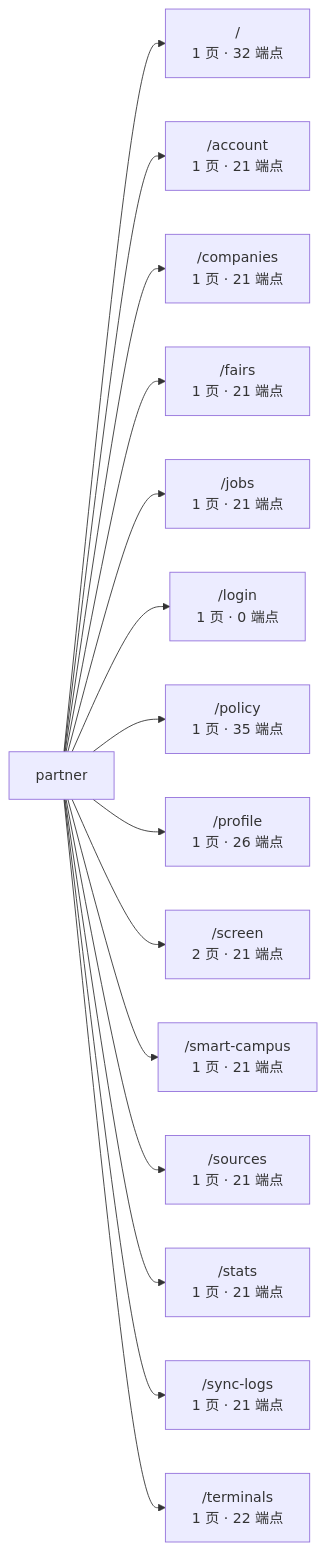
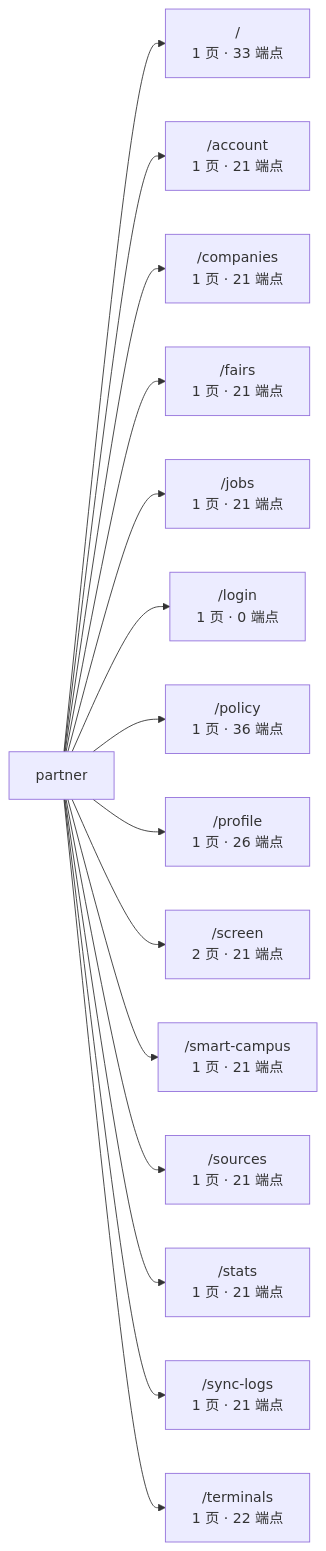
One commit to wanglei581/YITIJI changed the third of 3 diagrams in docs/graph/routes.md. Above: the diagram before and after it, drawn with Mermaid. The commit also changed other lines of this file and 26 other files, not shown here.

````diff
--- a/docs/graph/routes.md
+++ b/docs/graph/routes.md
@@ -415,18 +415,18 @@
 ```mermaid
 flowchart LR
   app["partner"]
-  app --> _root_["/<br/>1 页 · 32 端点"]
+  app --> _root_["/<br/>1 页 · 33 端点"]
   app --> account["/account<br/>1 页 · 21 端点"]
   app --> companies["/companies<br/>1 页 · 21 端点"]
   app --> fairs["/fairs<br/>1 页 · 21 端点"]
   app --> jobs["/jobs<br/>1 页 · 21 端点"]
   app --> login["/login<br/>1 页 · 0 端点"]
-  app --> policy["/policy<br/>1 页 · 35 端点"]
+  app --> policy["/policy<br/>1 页 · 36 端点"]
   app --> profile["/profile<br/>1 页 · 26 端点"]
   app --> screen["/screen<br/>2 页 · 21 端点"]
   app --> smart_campus["/smart-campus<br/>1 页 · 21 端点"]
   app --> sources["/sources<br/>1 页 · 21 端点"]
   app --> stats["/stats<br/>1 页 · 21 端点"]
   app --> sync_logs["/sync-logs<br/>1 页 · 21 端点"]
   app --> terminals["/terminals<br/>1 页 · 22 端点"]
 ```
````
